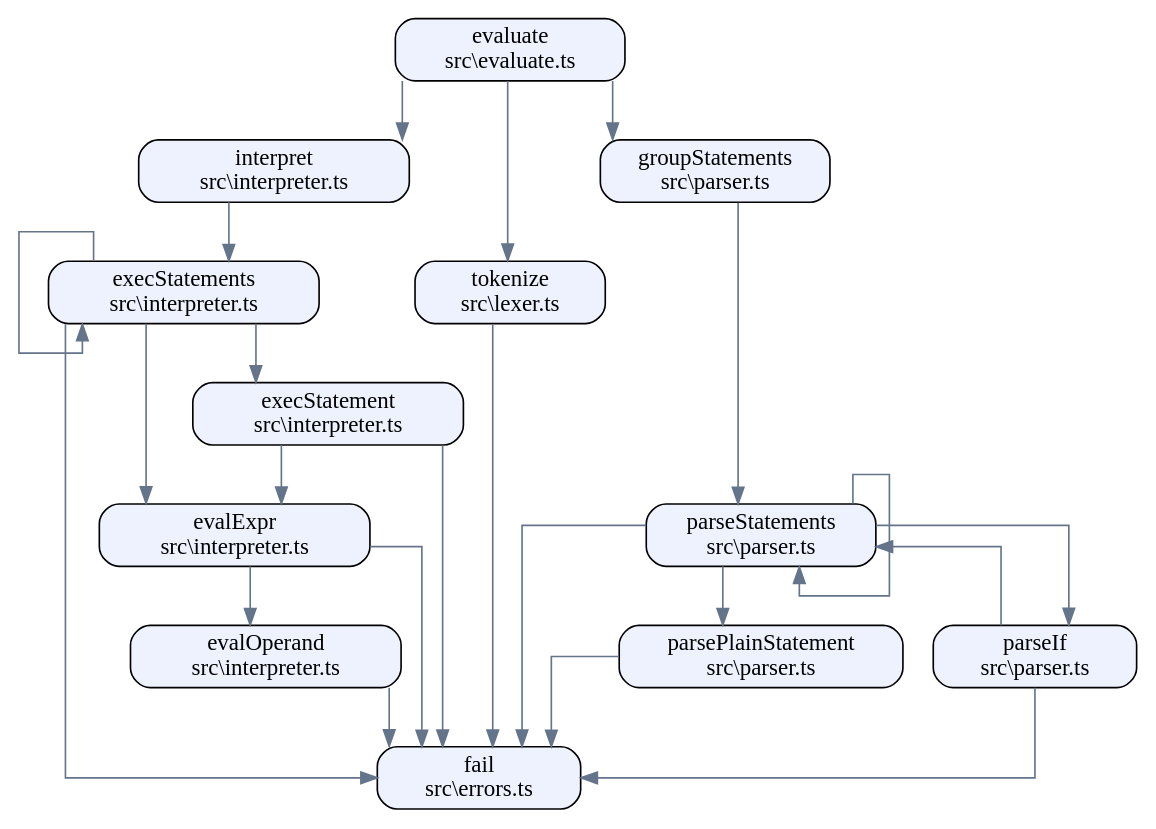
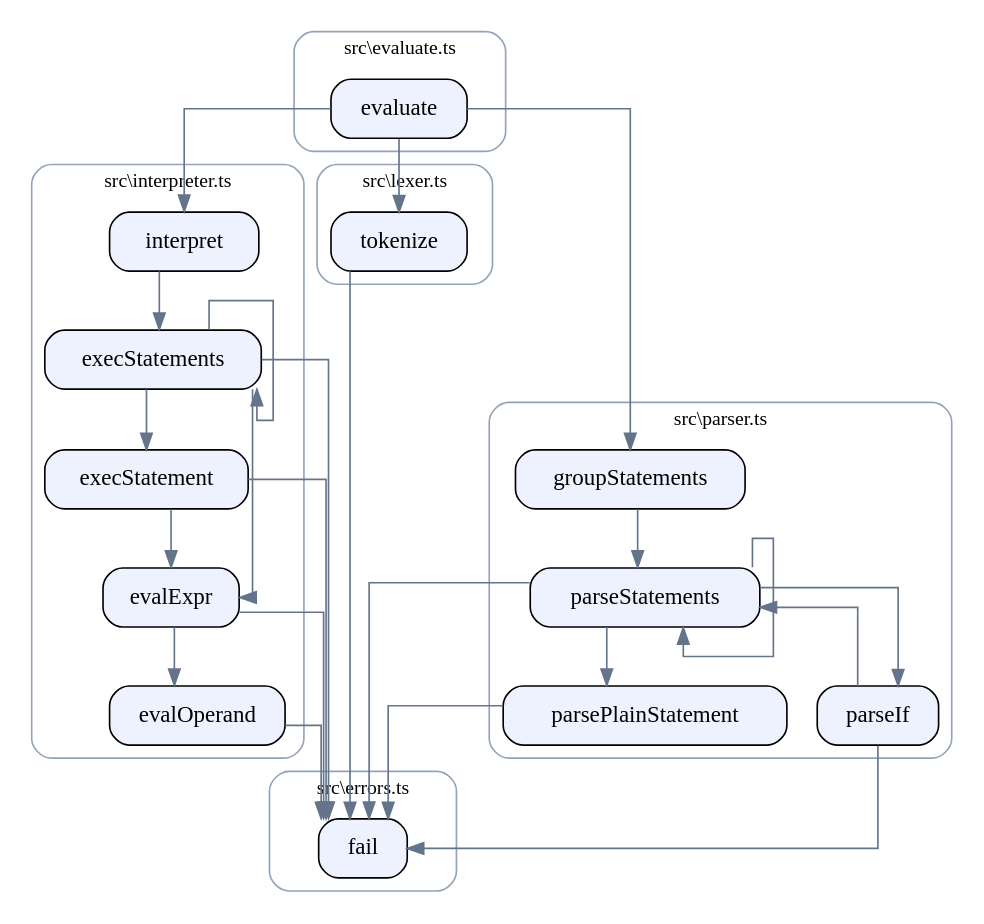
The diagram in docs/callgraph.dot (SirMathhman/Tuff), drawn with Graphviz before and after one commit. The commit also changed 2 other files, not shown here.

Commit message:
Group call graph nodes into per-file cluster boxes

```diff
--- a/docs/callgraph.dot
+++ b/docs/callgraph.dot
@@ -1,40 +1,75 @@
 digraph tuff {
   rankdir=TB;
   splines=ortho;
   node [shape=box, style="rounded,filled", fillcolor="#eef2ff", fontname="Consolas"];
   edge [color="#64748b"];
-  "src\\errors.ts::fail" [label="fail\nsrc\\errors.ts"];
-  "src\\evaluate.ts::evaluate" [label="evaluate\nsrc\\evaluate.ts"];
-  "src\\interpreter.ts::evalOperand" [label="evalOperand\nsrc\\interpreter.ts"];
-  "src\\interpreter.ts::evalExpr" [label="evalExpr\nsrc\\interpreter.ts"];
-  "src\\interpreter.ts::execStatement" [label="execStatement\nsrc\\interpreter.ts"];
-  "src\\interpreter.ts::execStatements" [label="execStatements\nsrc\\interpreter.ts"];
-  "src\\interpreter.ts::interpret" [label="interpret\nsrc\\interpreter.ts"];
-  "src\\lexer.ts::tokenize" [label="tokenize\nsrc\\lexer.ts"];
-  "src\\parser.ts::parseStatements" [label="parseStatements\nsrc\\parser.ts"];
-  "src\\parser.ts::parsePlainStatement" [label="parsePlainStatement\nsrc\\parser.ts"];
-  "src\\parser.ts::parseIf" [label="parseIf\nsrc\\parser.ts"];
-  "src\\parser.ts::groupStatements" [label="groupStatements\nsrc\\parser.ts"];
+  subgraph "cluster_src_errors_ts" {
+    style="rounded";
+    color="#94a3b8";
+    fontname="Consolas";
+    fontsize=12;
+    label="src\\errors.ts";
+    "src\\errors.ts::fail" [label="fail"];
+  }
+  subgraph "cluster_src_evaluate_ts" {
+    style="rounded";
+    color="#94a3b8";
+    fontname="Consolas";
+    fontsize=12;
+    label="src\\evaluate.ts";
+    "src\\evaluate.ts::evaluate" [label="evaluate"];
+  }
+  subgraph "cluster_src_interpreter_ts" {
+    style="rounded";
+    color="#94a3b8";
+    fontname="Consolas";
+    fontsize=12;
+    label="src\\interpreter.ts";
+    "src\\interpreter.ts::evalOperand" [label="evalOperand"];
+    "src\\interpreter.ts::evalExpr" [label="evalExpr"];
+    "src\\interpreter.ts::execStatement" [label="execStatement"];
+    "src\\interpreter.ts::execStatements" [label="execStatements"];
+    "src\\interpreter.ts::interpret" [label="interpret"];
+  }
+  subgraph "cluster_src_lexer_ts" {
+    style="rounded";
+    color="#94a3b8";
+    fontname="Consolas";
+    fontsize=12;
+    label="src\\lexer.ts";
+    "src\\lexer.ts::tokenize" [label="tokenize"];
+  }
+  subgraph "cluster_src_parser_ts" {
+    style="rounded";
+    color="#94a3b8";
+    fontname="Consolas";
+    fontsize=12;
+    label="src\\parser.ts";
+    "src\\parser.ts::parseStatements" [label="parseStatements"];
+    "src\\parser.ts::parsePlainStatement" [label="parsePlainStatement"];
+    "src\\parser.ts::parseIf" [label="parseIf"];
+    "src\\parser.ts::groupStatements" [label="groupStatements"];
+  }
   "src\\evaluate.ts::evaluate" -> "src\\lexer.ts::tokenize";
   "src\\evaluate.ts::evaluate" -> "src\\parser.ts::groupStatements";
   "src\\evaluate.ts::evaluate" -> "src\\interpreter.ts::interpret";
   "src\\interpreter.ts::evalOperand" -> "src\\errors.ts::fail";
   "src\\interpreter.ts::evalExpr" -> "src\\errors.ts::fail";
   "src\\interpreter.ts::evalExpr" -> "src\\interpreter.ts::evalOperand";
   "src\\interpreter.ts::execStatement" -> "src\\errors.ts::fail";
   "src\\interpreter.ts::execStatement" -> "src\\interpreter.ts::evalExpr";
   "src\\interpreter.ts::execStatements" -> "src\\interpreter.ts::execStatements";
   "src\\interpreter.ts::execStatements" -> "src\\errors.ts::fail";
   "src\\interpreter.ts::execStatements" -> "src\\interpreter.ts::evalExpr";
   "src\\interpreter.ts::execStatements" -> "src\\interpreter.ts::execStatement";
   "src\\interpreter.ts::interpret" -> "src\\interpreter.ts::execStatements";
   "src\\lexer.ts::tokenize" -> "src\\errors.ts::fail";
   "src\\parser.ts::parseStatements" -> "src\\parser.ts::parseStatements";
   "src\\parser.ts::parseStatements" -> "src\\errors.ts::fail";
   "src\\parser.ts::parseStatements" -> "src\\parser.ts::parseIf";
   "src\\parser.ts::parseStatements" -> "src\\parser.ts::parsePlainStatement";
   "src\\parser.ts::parsePlainStatement" -> "src\\errors.ts::fail";
   "src\\parser.ts::parseIf" -> "src\\errors.ts::fail";
   "src\\parser.ts::parseIf" -> "src\\parser.ts::parseStatements";
   "src\\parser.ts::groupStatements" -> "src\\parser.ts::parseStatements";
 }
```
